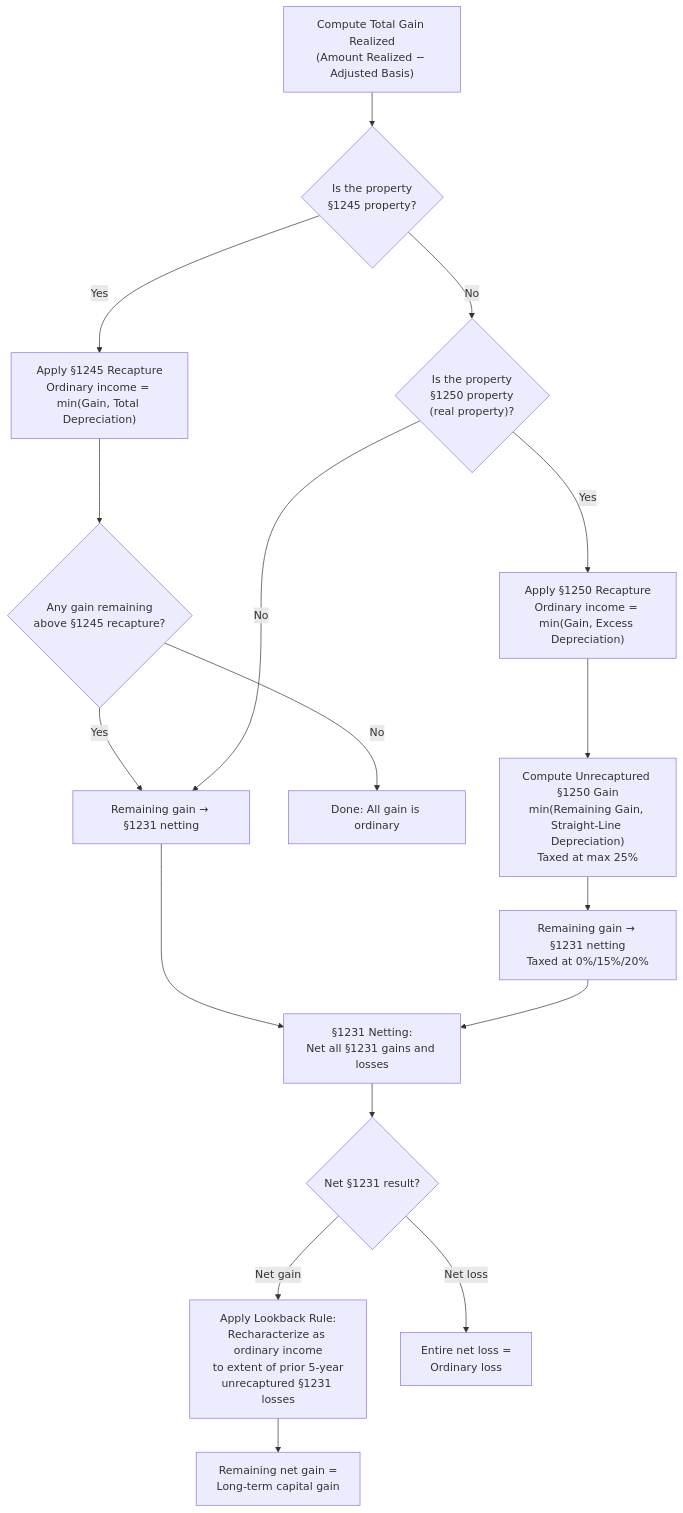
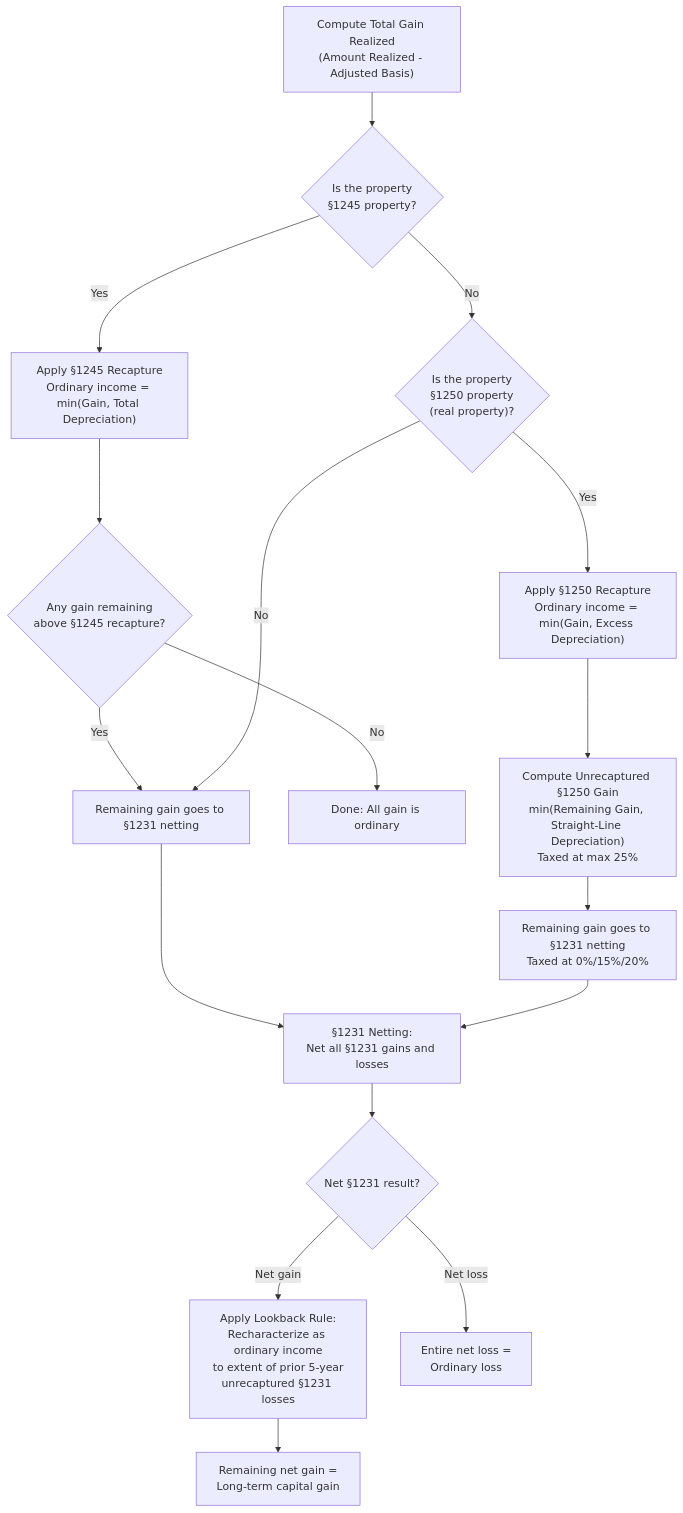
The diagram in docs/tcp/property-transactions/gains-and-losses-on-asset-disposition.md (subwaymatch/cpabear-book), drawn with Mermaid before and after one commit. The commit also changed other lines of this file and 222 other files, not shown here.

````diff
--- a/docs/tcp/property-transactions/gains-and-losses-on-asset-disposition.md
+++ b/docs/tcp/property-transactions/gains-and-losses-on-asset-disposition.md
@@ -253,19 +253,19 @@
 ```mermaid
 flowchart TD
-    A["Compute Total Gain Realized<br/>(Amount Realized − Adjusted Basis)"] --> B{"Is the property<br/>§1245 property?"}
+    A["Compute Total Gain Realized<br/>(Amount Realized - Adjusted Basis)"] --> B{"Is the property<br/>§1245 property?"}
     B -- Yes --> C["Apply §1245 Recapture<br/>Ordinary income = min(Gain, Total Depreciation)"]
     C --> D{"Any gain remaining<br/>above §1245 recapture?"}
-    D -- Yes --> E["Remaining gain → §1231 netting"]
+    D -- Yes --> E["Remaining gain goes to §1231 netting"]
     D -- No --> Z["Done: All gain is ordinary"]
     B -- No --> F{"Is the property<br/>§1250 property<br/>(real property)?"}
     F -- Yes --> G["Apply §1250 Recapture<br/>Ordinary income = min(Gain, Excess Depreciation)"]
     G --> H["Compute Unrecaptured §1250 Gain<br/>min(Remaining Gain, Straight-Line Depreciation)<br/>Taxed at max 25%"]
-    H --> I["Remaining gain → §1231 netting<br/>Taxed at 0%/15%/20%"]
+    H --> I["Remaining gain goes to §1231 netting<br/>Taxed at 0%/15%/20%"]
     F -- No --> E
     E --> J["§1231 Netting:<br/>Net all §1231 gains and losses"]
     I --> J
     J --> K{Net §1231 result?}
     K -- "Net gain" --> L["Apply Lookback Rule:<br/>Recharacterize as ordinary income<br/>to extent of prior 5-year<br/>unrecaptured §1231 losses"]
     L --> M["Remaining net gain =<br/>Long-term capital gain"]
     K -- "Net loss" --> N["Entire net loss =<br/>Ordinary loss"]
 ```
````
